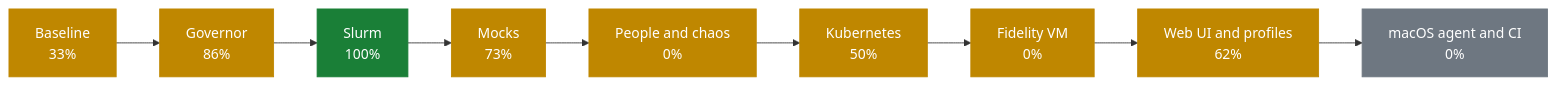
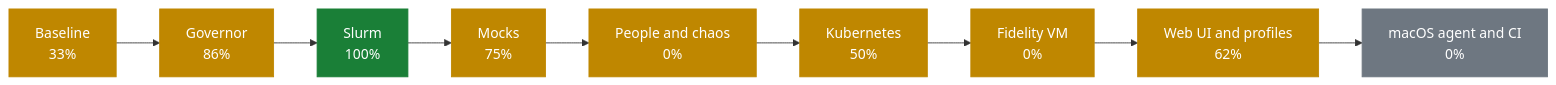
One commit to AhmedYousriSobhi/workbench changed the first of 2 diagrams in docs/PROGRESS.md. Above: the diagram before and after it, drawn with Mermaid. The commit also changed other lines of this file and 9 other files, not shown here.

````diff
--- a/docs/PROGRESS.md
+++ b/docs/PROGRESS.md
@@ -10,17 +10,17 @@
 ```mermaid
 flowchart LR
     p0["Baseline<br/>33%"]:::partial
     p1["Governor<br/>86%"]:::partial
     p2["Slurm<br/>100%"]:::done
-    p3["Mocks<br/>73%"]:::partial
+    p3["Mocks<br/>75%"]:::partial
     p4["People and chaos<br/>0%"]:::partial
     p5["Kubernetes<br/>50%"]:::partial
     p6["Fidelity VM<br/>0%"]:::partial
     p7["Web UI and profiles<br/>62%"]:::partial
     p8["macOS agent and CI<br/>0%"]:::todo
     p0 --> p1 --> p2 --> p3 --> p4 --> p5 --> p6 --> p7 --> p8
     classDef done fill:#1a7f37,stroke:#1a7f37,color:#fff
     classDef review fill:#0969da,stroke:#0969da,color:#fff
     classDef partial fill:#bf8700,stroke:#bf8700,color:#fff
     classDef todo fill:#6e7781,stroke:#6e7781,color:#fff
 ```
````
